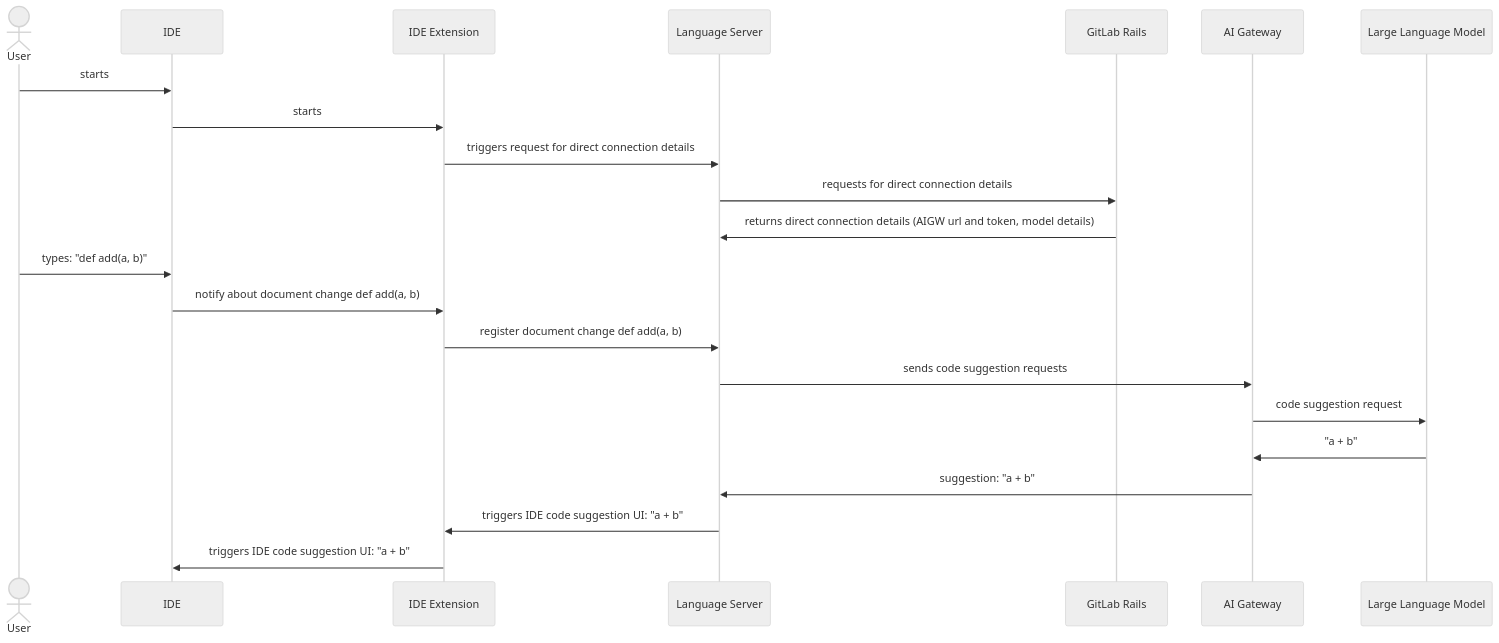
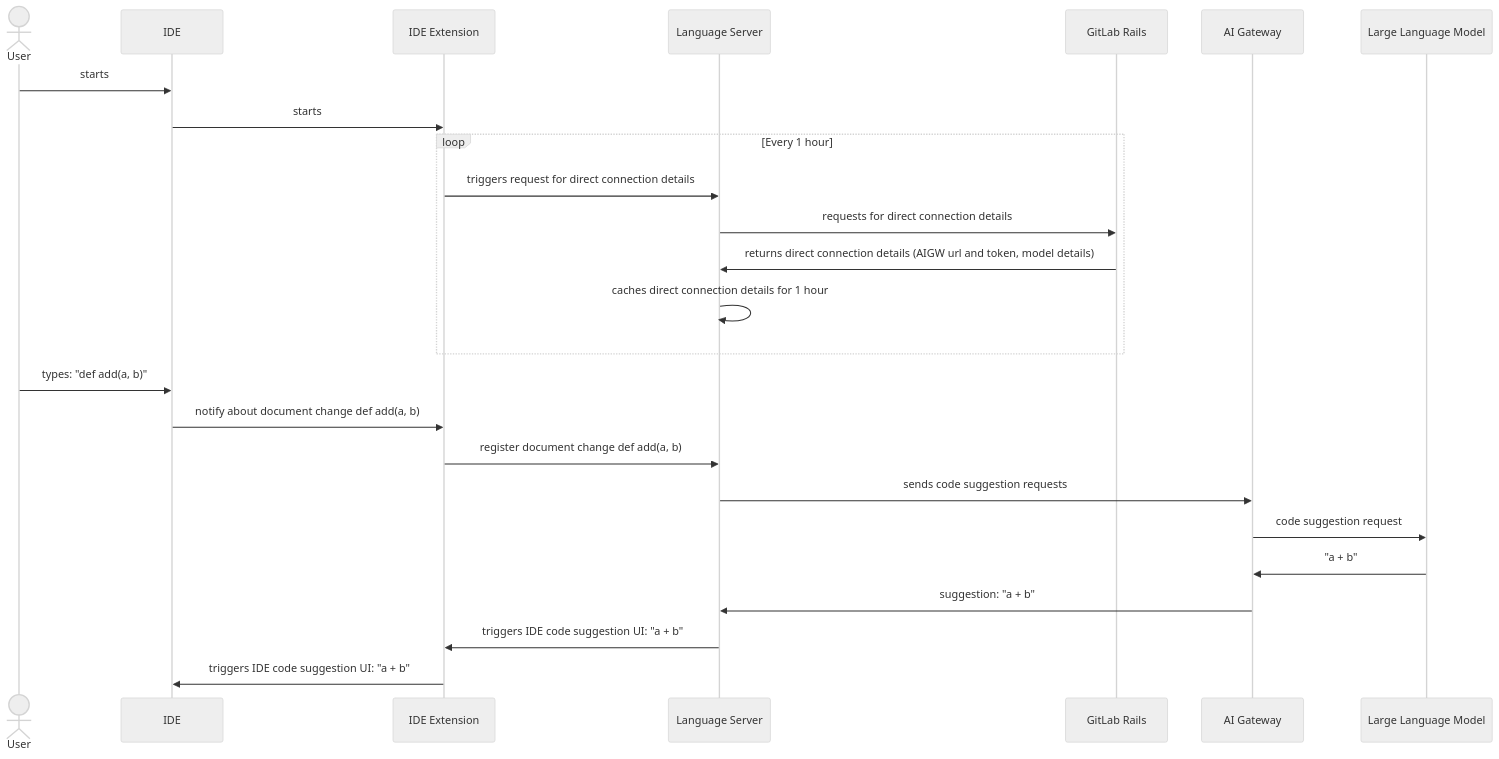
One commit to moliver28/research-handbook changed the second of 5 diagrams in content/handbook/engineering/development/dev/create/code-creation/engineering_overview.md. Above: the diagram before and after it, drawn with Mermaid (neutral theme). The commit also changed other lines of this file, not shown here.

Commit message:
Add details around caching direct access info

````diff
--- a/content/handbook/engineering/development/dev/create/code-creation/engineering_overview.md
+++ b/content/handbook/engineering/development/dev/create/code-creation/engineering_overview.md
@@ -76,25 +76,28 @@
 ```mermaid
 sequenceDiagram
     actor USR as  User
     participant IDE
     participant EXT as IDE Extension
     participant LS as Language Server
     participant GLR as GitLab Rails
     participant AIGW as AI Gateway
     participant LLM as Large Language Model
 
     USR->>IDE: starts
     IDE->>EXT: starts
+    loop Every 1 hour
     EXT->>LS: triggers request for direct connection details
     LS->>GLR: requests for direct connection details
     GLR->>LS: returns direct connection details (AIGW url and token, model details)
+    LS->>LS: caches direct connection details for 1 hour
+    end
     USR->>IDE: types: "def add(a, b)"
     IDE->>EXT: notify about document change def add(a, b)
     EXT->>LS: register document change def add(a, b)
     LS->>AIGW: sends code suggestion requests
     AIGW->>LLM: code suggestion request
     LLM->>AIGW: "a + b"
     AIGW->>LS:  suggestion: "a + b"
     LS->>EXT: triggers IDE code suggestion UI: "a + b"
     EXT->>IDE: triggers IDE code suggestion UI: "a + b"
 ```
````
